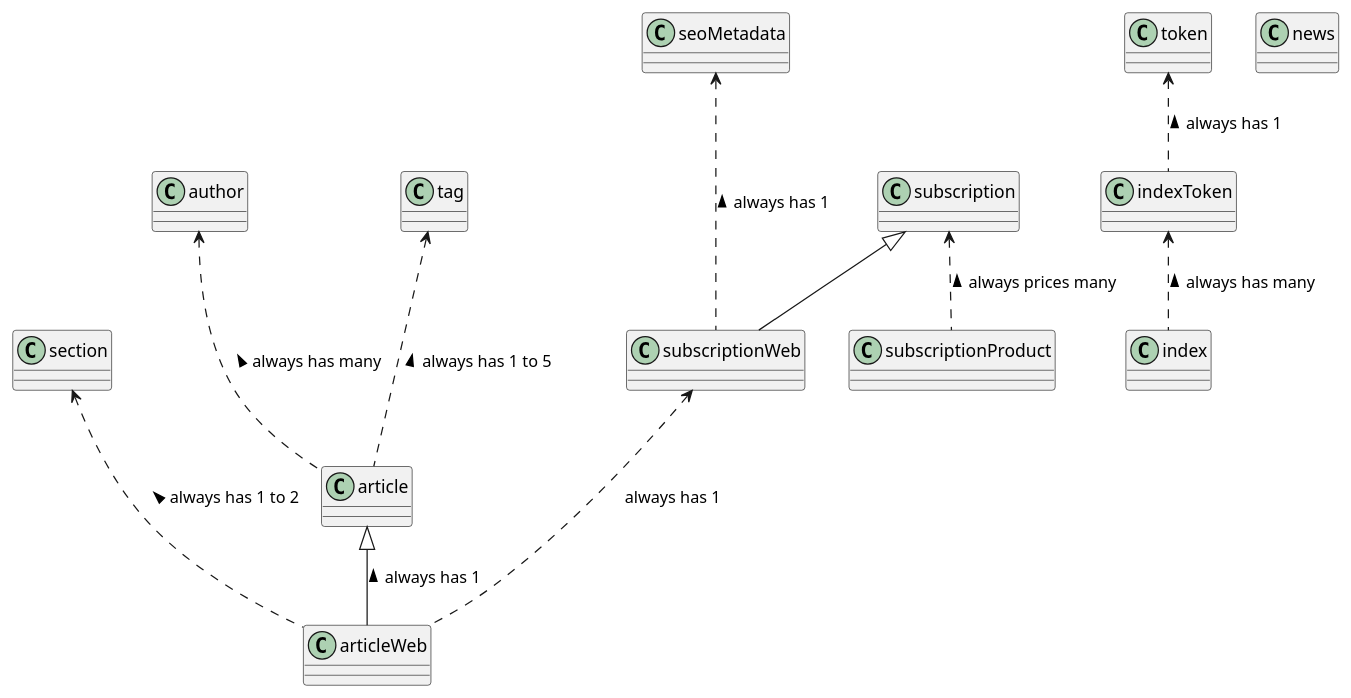
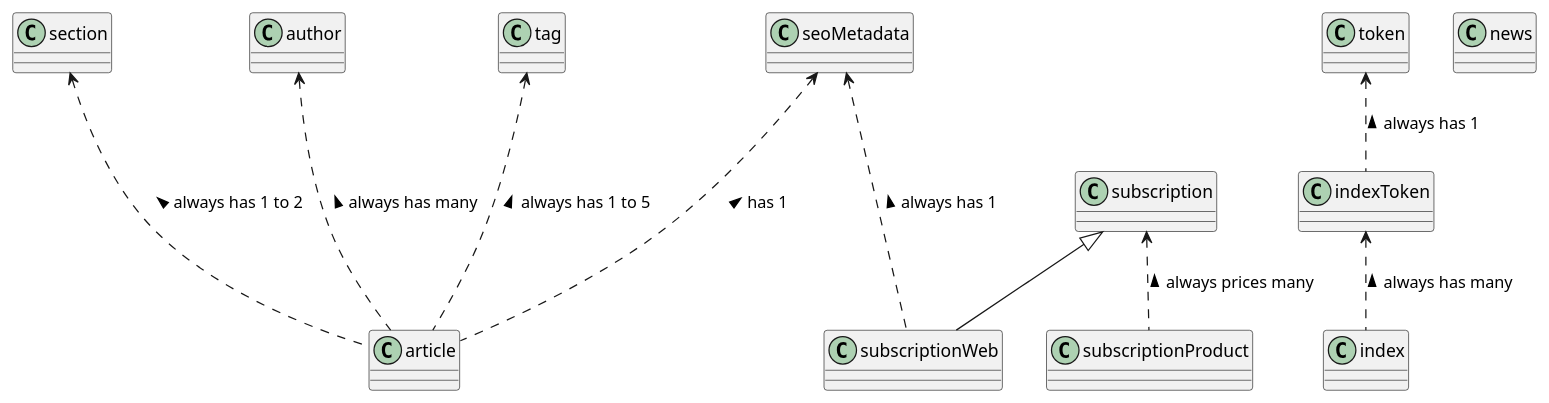
The diagram in libs/clients/contentful-client/src/main/httpx/research/content-model.plantuml (k33hq/k33-platform), drawn with PlantUML before and after one commit. The commit also changed 16 other files, not shown here.

Commit message:
feat(cms): deprecated article web

```diff
--- a/libs/clients/contentful-client/src/main/httpx/research/content-model.plantuml
+++ b/libs/clients/contentful-client/src/main/httpx/research/content-model.plantuml
@@ -1,44 +1,40 @@
 @startuml
 
 class section
 
 class article
 
 author <... article : always has many <
 tag <... article : always has 1 to 5 <
 
-class articleWeb
-article <|-- articleWeb : always has 1 <
-
-section <... articleWeb : always has 1 to 2 <
-
-subscriptionWeb <... articleWeb : always has 1
+section <... article : always has 1 to 2 <
+seoMetadata <... article : has 1 <
 
 class author
 
 class seoMetadata
 
 class subscription
 
 class subscriptionProduct
 
 subscription <.. subscriptionProduct : always prices many <
 
 class subscriptionWeb
 
 subscription <|-- subscriptionWeb
 seoMetadata <... subscriptionWeb : always has 1 <
 
 class tag
 
 class token
 
 class indexToken
 token <.. indexToken : always has 1 <
 
 class index
 indexToken <.. index : always has many <
 
 class news
 
 @enduml
```
